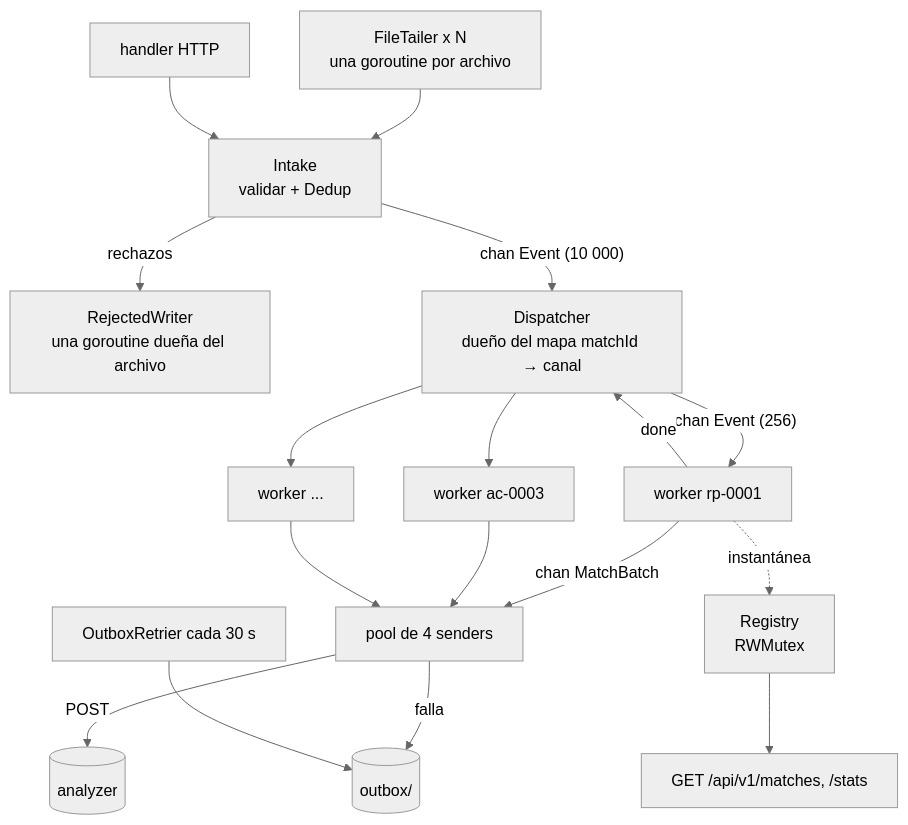
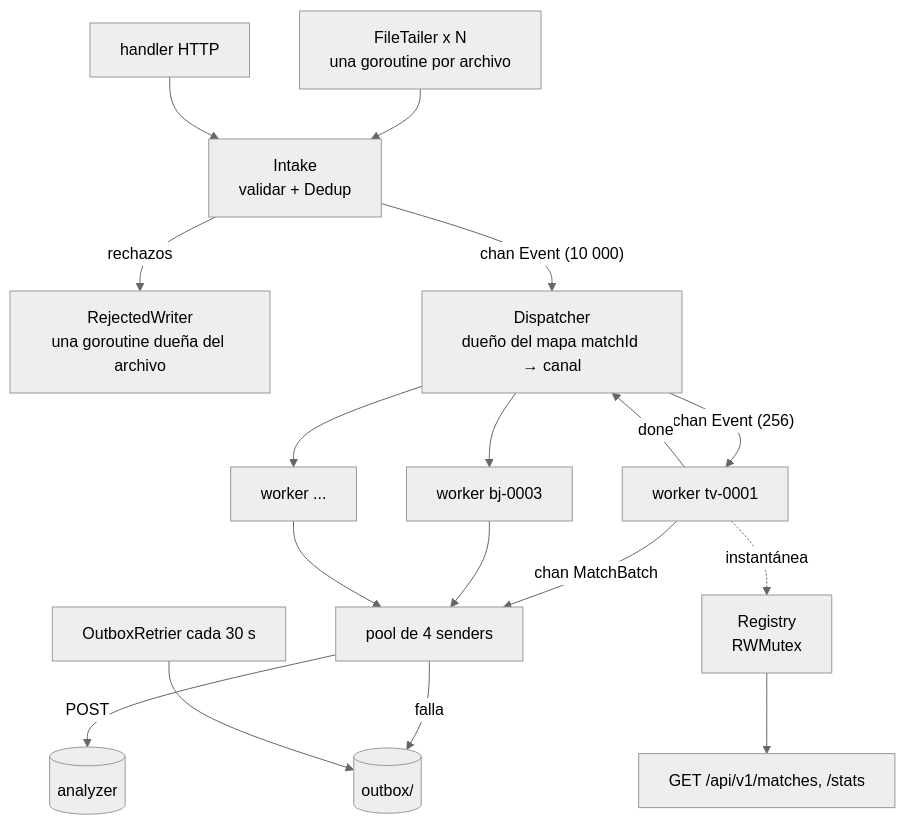
One commit to AndresZum04/gamestats changed the second of 2 diagrams in docs/arquitectura.md. Above: the diagram before and after it, drawn with Mermaid (neutral theme). The commit also changed 18 other files, not shown here.

````diff
--- a/docs/arquitectura.md
+++ b/docs/arquitectura.md
@@ -51,18 +51,18 @@
 ```mermaid
 flowchart TB
   tailers[FileTailer x N<br/>una goroutine por archivo] --> intake
   httpin[handler HTTP] --> intake
   intake[Intake<br/>validar + Dedup] -- rechazos --> rej[RejectedWriter<br/>una goroutine dueña del archivo]
   intake -- "chan Event (10 000)" --> disp[Dispatcher<br/>dueño del mapa matchId → canal]
-  disp -- "chan Event (256)" --> w1[worker rp-0001]
-  disp --> w2[worker ac-0003]
+  disp -- "chan Event (256)" --> w1[worker tv-0001]
+  disp --> w2[worker bj-0003]
   disp --> w3[worker ...]
   w1 -- done --> disp
   w1 -- "chan MatchBatch" --> senders
   w2 --> senders
   w3 --> senders
   senders[pool de 4 senders] -- POST --> analyzer[(analyzer)]
   senders -- falla --> outbox[(outbox/)]
   retrier[OutboxRetrier cada 30 s] --> outbox
   w1 -. instantánea .-> reg[Registry<br/>RWMutex] --> api[GET /api/v1/matches, /stats]
 ```
````
